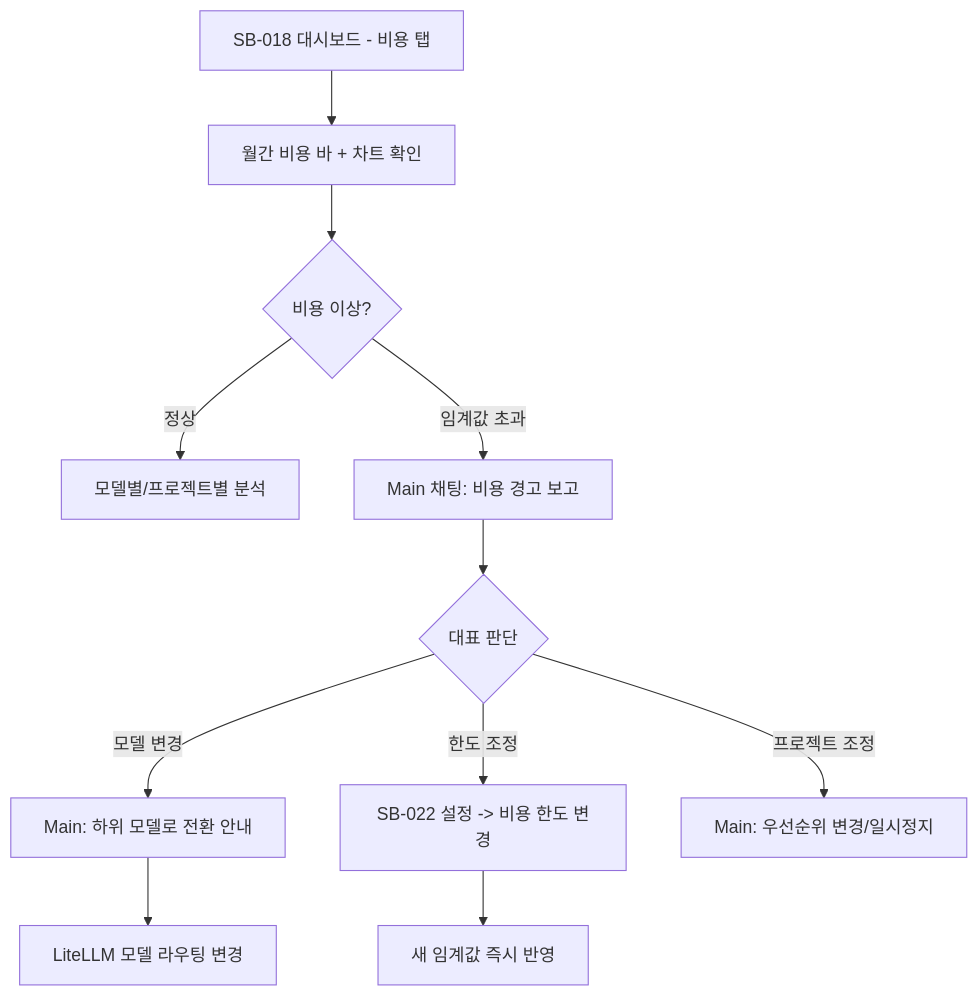
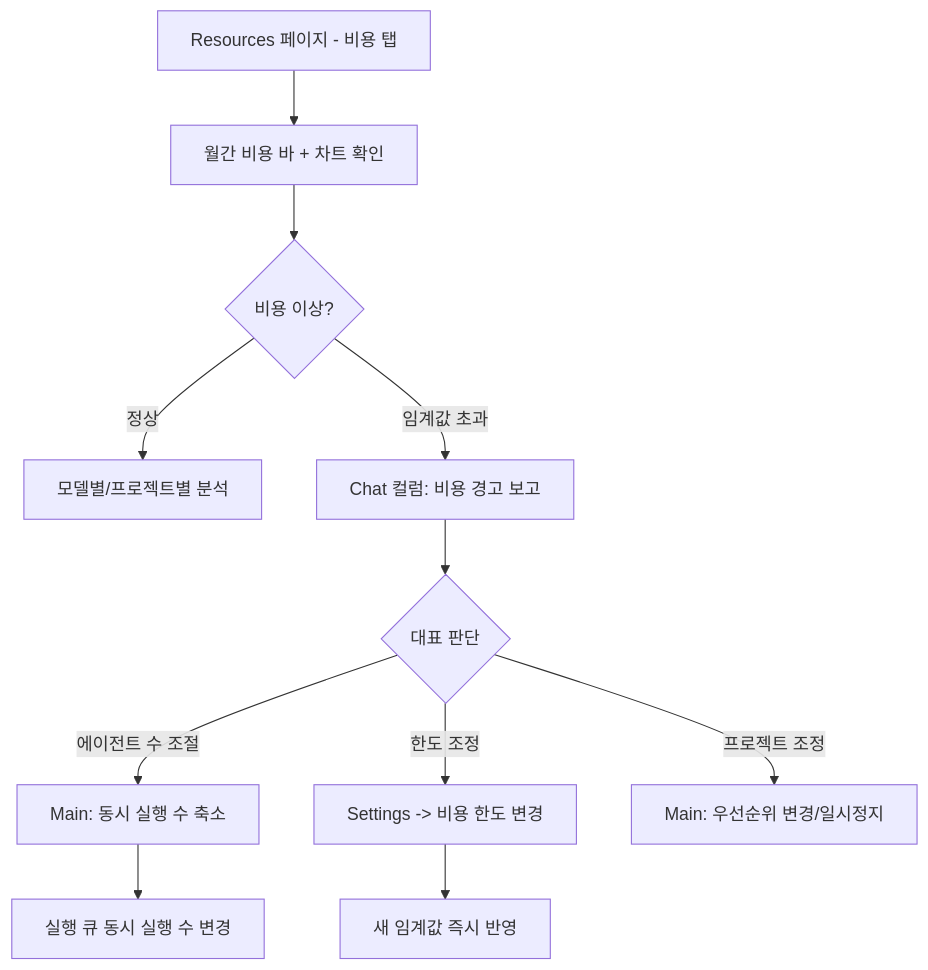
Before and after one commit to Jeonyunjae/ClaudeManager: diagram 11 of 15 in 03_design/🔀 user-flow.md, drawn with Mermaid. The commit also changed other lines of this file and 221 other files, not shown here.

````diff
--- a/03_design/🔀 user-flow.md
+++ b/03_design/🔀 user-flow.md
@@ -214,15 +230,15 @@
 ```mermaid
 flowchart TD
-    A[SB-018 대시보드 - 비용 탭] --> B[월간 비용 바 + 차트 확인]
+    A[Resources 페이지 - 비용 탭] --> B[월간 비용 바 + 차트 확인]
     B --> C{비용 이상?}
     C -->|정상| D[모델별/프로젝트별 분석]
-    C -->|임계값 초과| E[Main 채팅: 비용 경고 보고]
+    C -->|임계값 초과| E[Chat 컬럼: 비용 경고 보고]
     
     E --> F{대표 판단}
-    F -->|모델 변경| G[Main: 하위 모델로 전환 안내]
-    F -->|한도 조정| H[SB-022 설정 -> 비용 한도 변경]
+    F -->|에이전트 수 조절| G[Main: 동시 실행 수 축소]
+    F -->|한도 조정| H[Settings -> 비용 한도 변경]
     F -->|프로젝트 조정| I[Main: 우선순위 변경/일시정지]
     
-    G --> J[LiteLLM 모델 라우팅 변경]
+    G --> J[실행 큐 동시 실행 수 변경]
     H --> K[새 임계값 즉시 반영]
 ```
````
